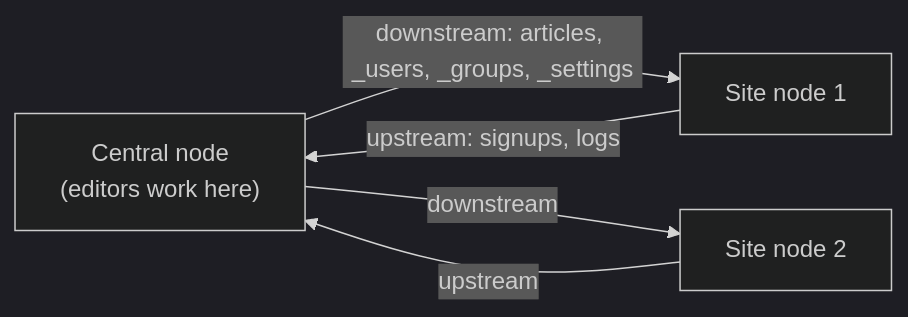
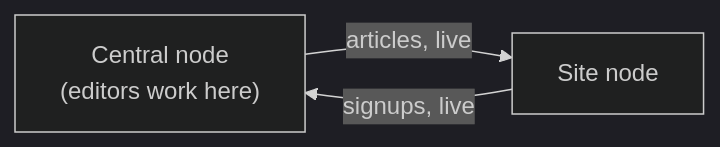
Before and after one commit to xiaodoudou/embed-cms: the second of 2 diagrams in docs/operations/REPLICATION.md, drawn with Mermaid (dark theme). The commit also changed other lines of this file and 62 other files, not shown here.

````diff
--- a/docs/operations/REPLICATION.md
+++ b/docs/operations/REPLICATION.md
@@ -82,10 +164,7 @@
 ```mermaid
 flowchart LR
   central["Central node<br/>(editors work here)"]
-  site1["Site node 1"]
-  site2["Site node 2"]
-  central -- "downstream: articles, _users, _groups, _settings" --> site1
-  central -- "downstream" --> site2
-  site1 -- "upstream: signups, logs" --> central
-  site2 -- "upstream" --> central
+  site["Site node"]
+  central -- "articles, live" --> site
+  site -- "signups, live" --> central
 ```
````
